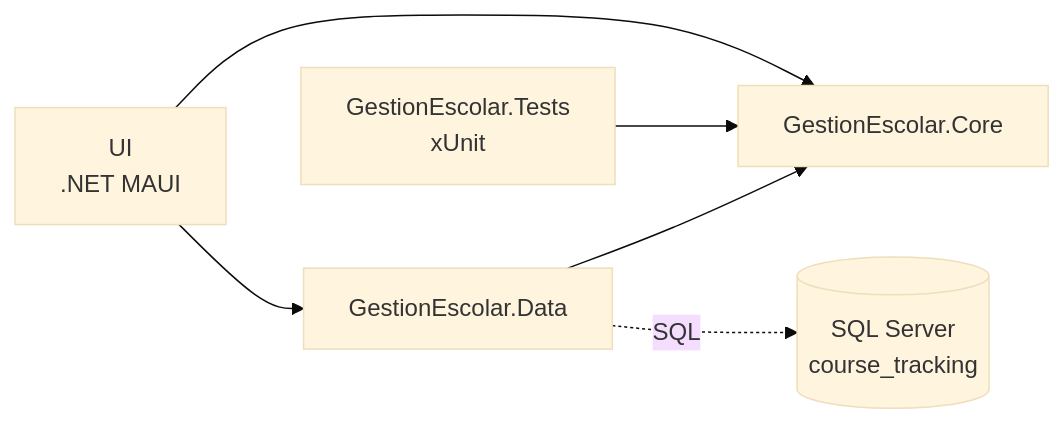
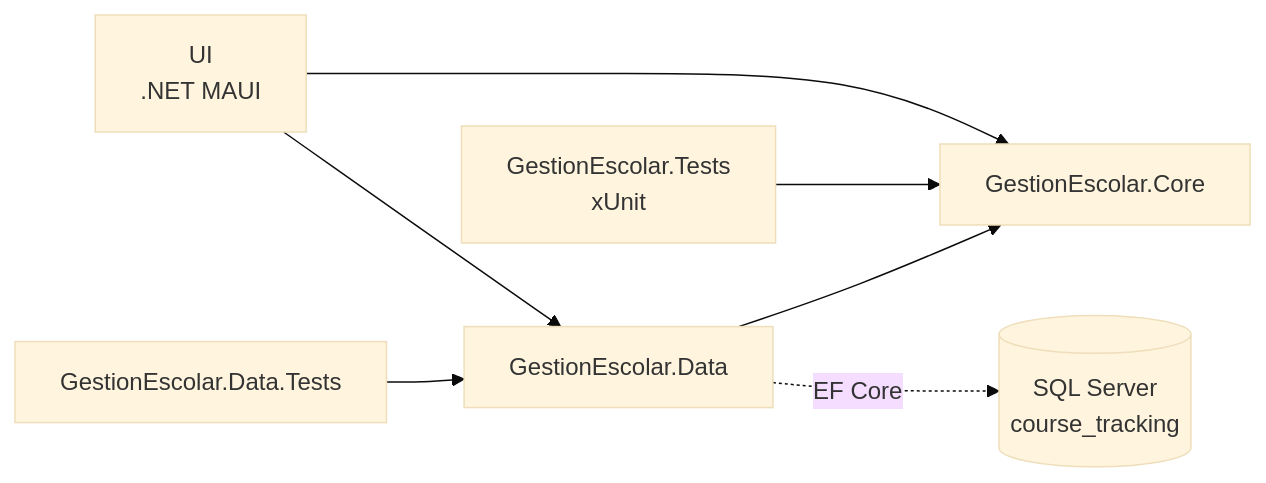
One commit to bautistacarratu06/PP2 changed the first of 3 diagrams in GestionEscolar/ARCHITECTURE.md. Above: the diagram before and after it, drawn with Mermaid (base theme). The commit also changed other lines of this file and 1 other file, not shown here.

Commit message:
update documentation replacing pure sql with ef

````diff
--- a/GestionEscolar/ARCHITECTURE.md
+++ b/GestionEscolar/ARCHITECTURE.md
@@ -43,8 +45,9 @@
 ```mermaid
 graph LR
     UI[UI<br/>.NET MAUI] --> Core[GestionEscolar.Core]
     UI --> Data[GestionEscolar.Data]
     Data --> Core
     Tests[GestionEscolar.Tests<br/>xUnit] --> Core
-    Data -. SQL .-> DB[(SQL Server<br/>course_tracking)]
+    DataTests[GestionEscolar.Data.Tests] --> Data
+    Data -. EF Core .-> DB[(SQL Server<br/>course_tracking)]
 ```
````
